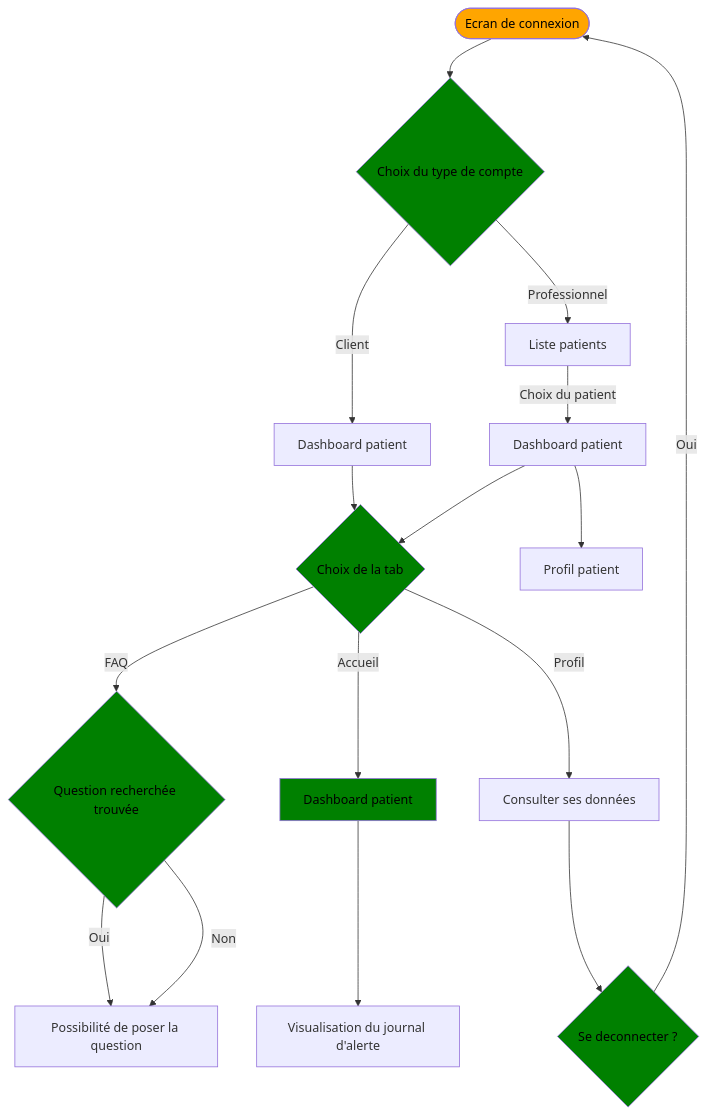
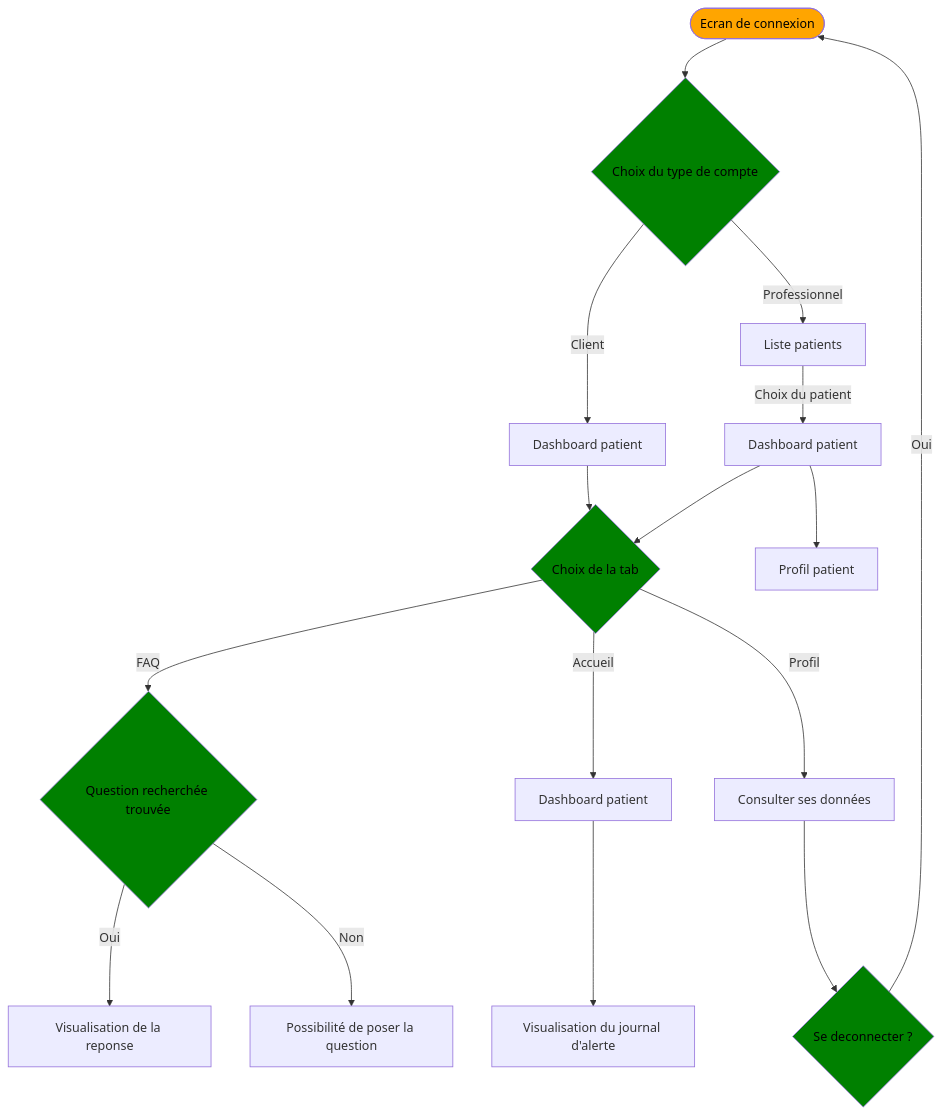
One commit to MTI-STEP/pfee-specs changed the diagram in docs/03-ux-ui/parcours-ux.md. Above: the diagram before and after it, drawn with Mermaid.

Commit message:
Fix parcours ux

````diff
--- a/docs/03-ux-ui/parcours-ux.md
+++ b/docs/03-ux-ui/parcours-ux.md
@@ -5,37 +5,36 @@
 ```mermaid
 
 flowchart TD
     A@{ shape: stadium, label: "Ecran de connexion" } --> B{Choix du type de compte}
 
     B -->|Client| C[Dashboard patient]
     B -->|Professionnel| D[Liste patients]
 
     C --> G{Choix de la tab}
 
     G --> |FAQ|H{Question recherchée trouvée}
     G --> |Accueil|E[Dashboard patient]
     G --> |Profil|I[Consulter ses données]
 
     E --> F[Visualisation du journal d'alerte]
 
     H --> |Oui|J[Visualisation de la reponse]
-    H --> |Non|J[Possibilité de poser la question]
+    H --> |Non|N[Possibilité de poser la question]
 
     I --> K{Se deconnecter ?}
 
     K --> |Oui|A
 
     D --> |Choix du patient|L[Dashboard patient]
 
     L --> M[Profil patient]
 
     L --> G
 
     style A fill:#ffa500, color: #000
     style B fill:#008000, color: #000
     style G fill:#008000, color: #000
     style H fill:#008000, color: #000
-    style E fill:#008000, color: #000
     style K fill:#008000, color: #000
 
 ```
````
